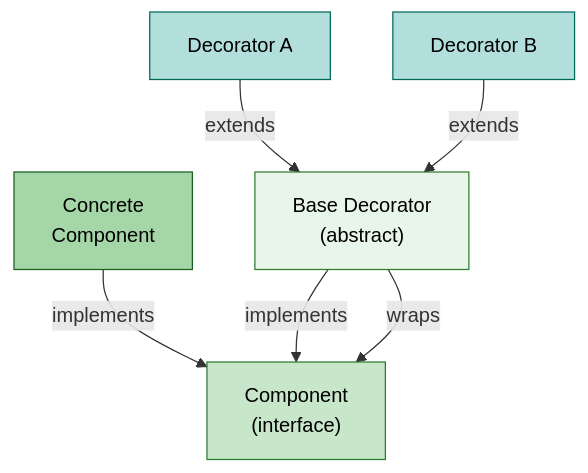
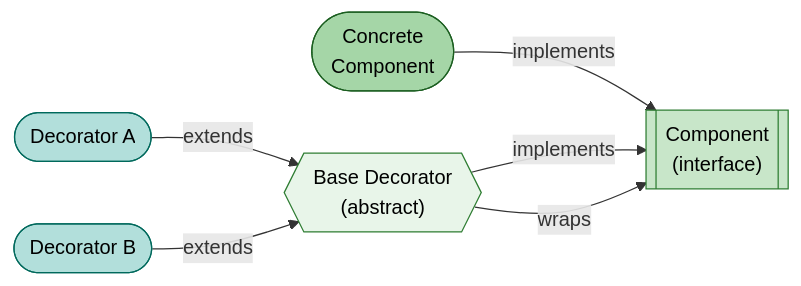
One commit to saivamsikaruturi/vamsilabs-dev-notes-main changed the second of 3 diagrams in docs/designpatterns/structuralDesignPatterns/DecoratorDesignPattern.md. Above: the diagram before and after it, drawn with Mermaid. The commit also changed other lines of this file and 146 other files, not shown here.

Commit message:
Horizontal diagrams, UML class diagrams, typography overhaul, and permalink cleanup

````diff
--- a/docs/designpatterns/structuralDesignPatterns/DecoratorDesignPattern.md
+++ b/docs/designpatterns/structuralDesignPatterns/DecoratorDesignPattern.md
@@ -30,20 +30,20 @@
 ```mermaid
-flowchart TD
-    Component["Component\n(interface)"]
-    ConcreteComponent["Concrete\nComponent"]
-    Decorator["Base Decorator\n(abstract)"]
-    DecoratorA["Decorator A"]
-    DecoratorB["Decorator B"]
+flowchart LR
+    Component[["Component\n(interface)"]]
+    ConcreteComponent(["Concrete\nComponent"])
+    Decorator{{"Base Decorator\n(abstract)"}}
+    DecoratorA(["Decorator A"])
+    DecoratorB(["Decorator B"])
 
     ConcreteComponent -->|implements| Component
     Decorator -->|implements| Component
     Decorator -->|wraps| Component
     DecoratorA -->|extends| Decorator
     DecoratorB -->|extends| Decorator
 
     style Component fill:#c8e6c9,stroke:#2e7d32,color:#000
     style ConcreteComponent fill:#a5d6a7,stroke:#1b5e20,color:#000
     style Decorator fill:#e8f5e9,stroke:#2e7d32,color:#000
     style DecoratorA fill:#b2dfdb,stroke:#00695c,color:#000
     style DecoratorB fill:#b2dfdb,stroke:#00695c,color:#000
 ```
````
